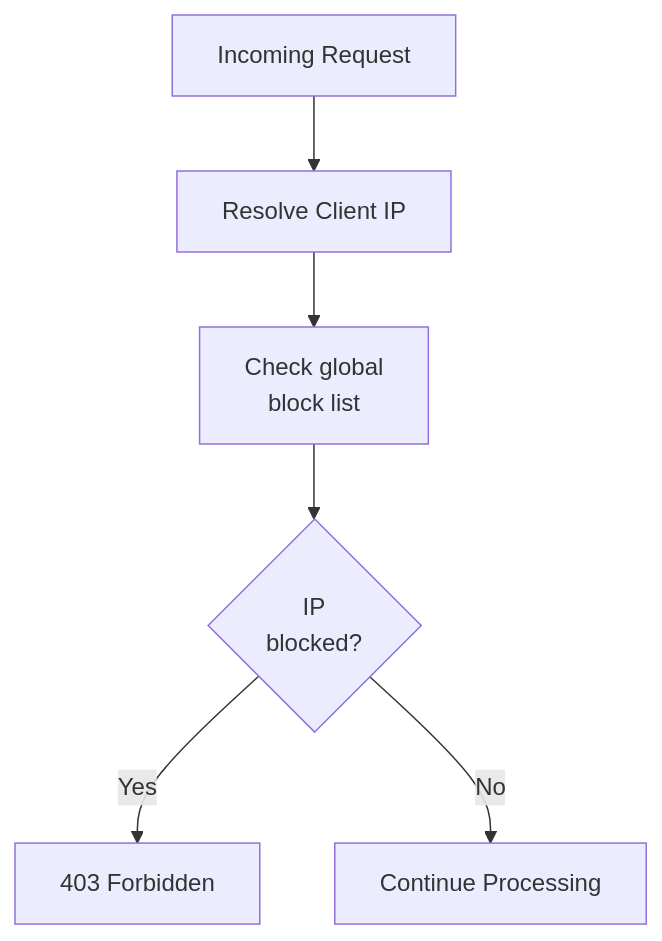
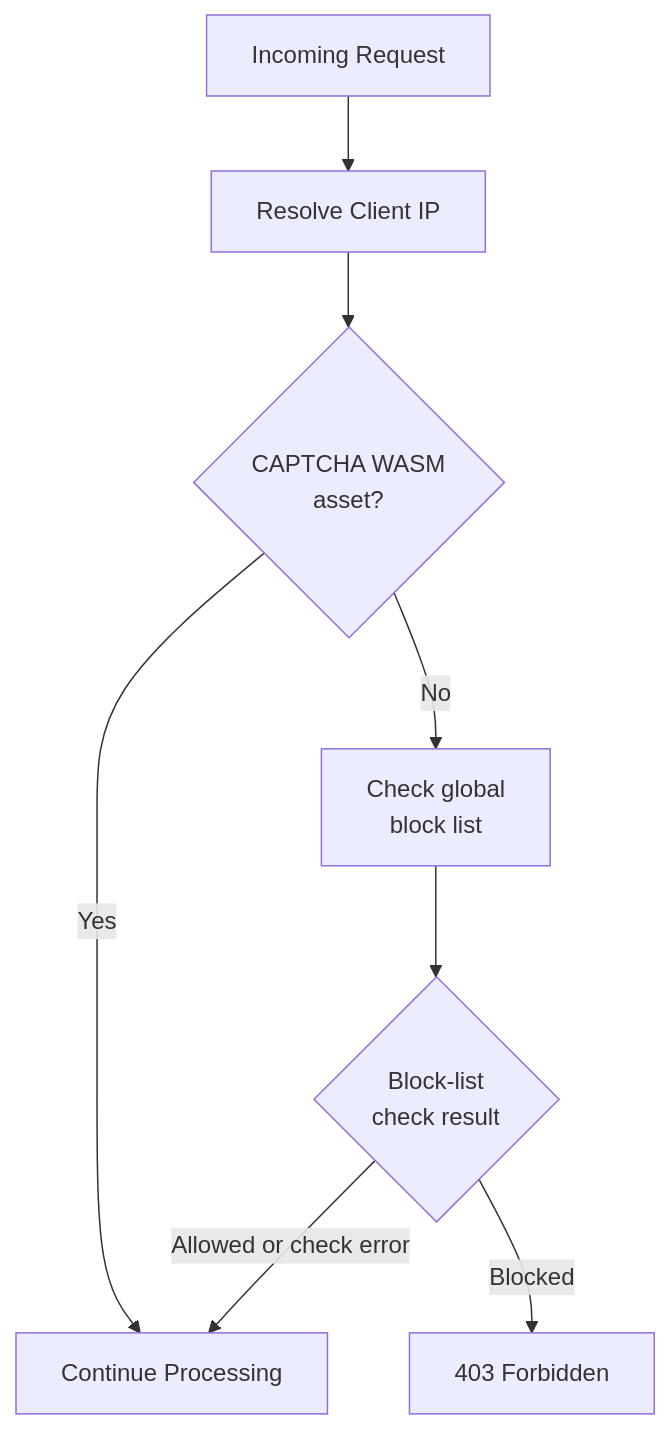
The fourth of 5 diagrams in docs/architecture/request-flow/page.mdx (clau1902/temps), drawn with Mermaid before and after one commit. The commit also changed other lines of this file, not shown here.

Commit message:
docs(request-flow): clarify IP block exceptions

````diff
--- a/docs/architecture/request-flow/page.mdx
+++ b/docs/architecture/request-flow/page.mdx
@@ -161,15 +161,18 @@
 ```mermaid
 graph TB
     Request["Incoming Request"]
     ExtractIP["Resolve Client IP"]
+    Wasm{"CAPTCHA WASM<br/>asset?"}
     CheckRules["Check global<br/>block list"]
-    Blocked{"IP<br/>blocked?"}
+    Result{"Block-list<br/>check result"}
     Deny["403 Forbidden"]
     Continue["Continue Processing"]
 
     Request --> ExtractIP
-    ExtractIP --> CheckRules
-    CheckRules --> Blocked
-    Blocked -->|Yes| Deny
-    Blocked -->|No| Continue
+    ExtractIP --> Wasm
+    Wasm -->|Yes| Continue
+    Wasm -->|No| CheckRules
+    CheckRules --> Result
+    Result -->|Blocked| Deny
+    Result -->|Allowed or check error| Continue
 ```
````
